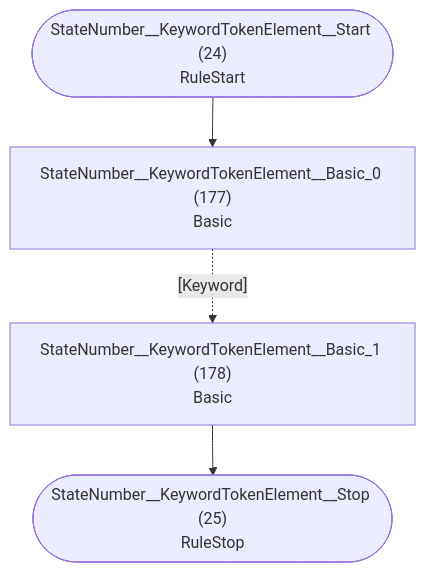
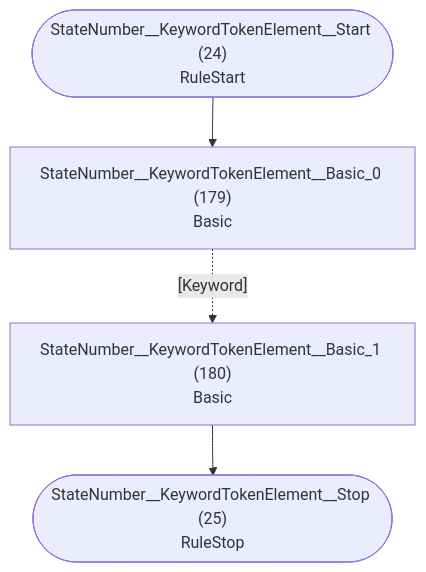
Before and after one commit to TypeFox/fastbelt: diagram 13 of 37 in internal/grammar/atn.md, drawn with Mermaid. The commit also changed other lines of this file and 10 other files, not shown here.

````diff
--- a/internal/grammar/atn.md
+++ b/internal/grammar/atn.md
@@ -357,11 +357,11 @@
 ```mermaid
 flowchart TD
     q24(["StateNumber__KeywordTokenElement__Start (24)<br/>RuleStart"])
     q25(["StateNumber__KeywordTokenElement__Stop (25)<br/>RuleStop"])
-    q177["StateNumber__KeywordTokenElement__Basic_0 (177)<br/>Basic<br/>"]
-    q178["StateNumber__KeywordTokenElement__Basic_1 (178)<br/>Basic<br/>"]
+    q179["StateNumber__KeywordTokenElement__Basic_0 (179)<br/>Basic<br/>"]
+    q180["StateNumber__KeywordTokenElement__Basic_1 (180)<br/>Basic<br/>"]
 
-    q24 --> q177
-    q177 -.->|"[Keyword]"| q178
-    q178 --> q25
+    q24 --> q179
+    q179 -.->|"[Keyword]"| q180
+    q180 --> q25
 ```
````
